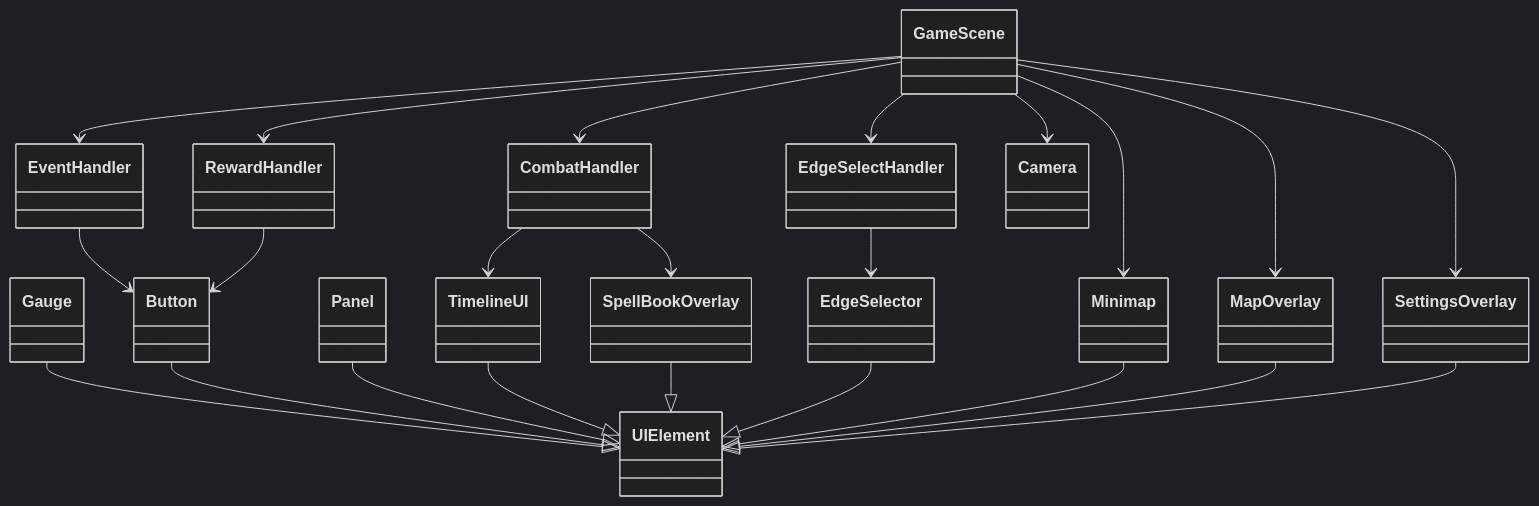
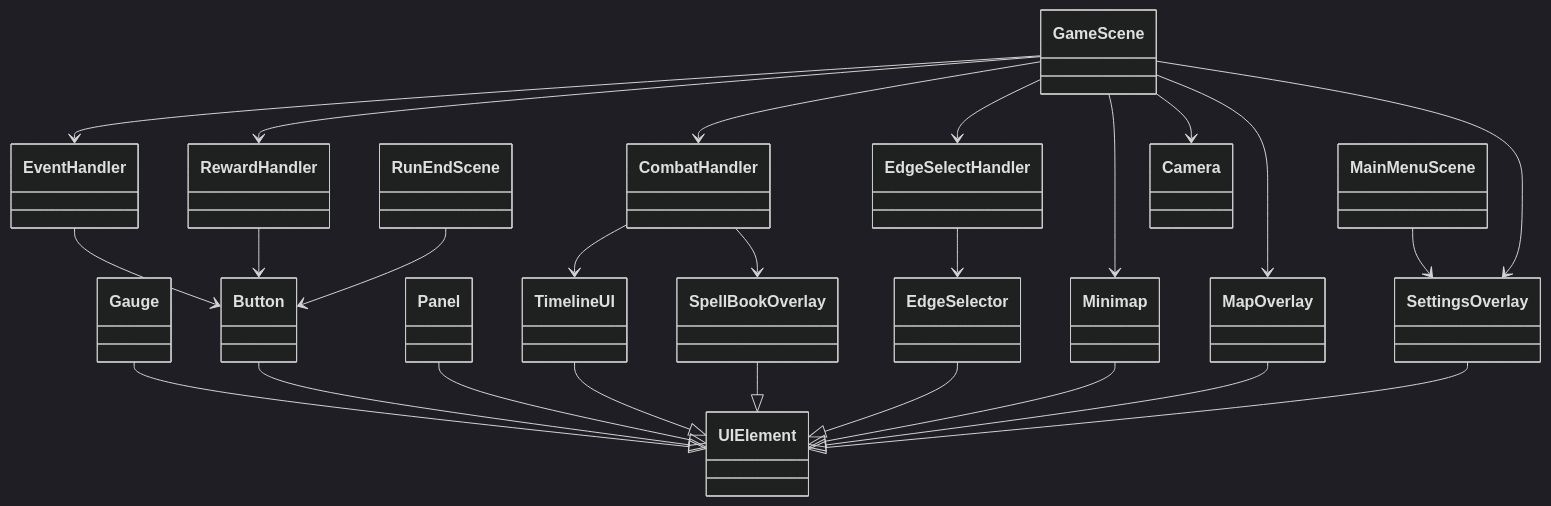
The sixth of 6 diagrams in CLASS_DIAGRAM.md (rlatndud9090/frdy), drawn with Mermaid (dark theme) before and after one commit. The commit also changed other lines of this file and 31 other files, not shown here.

````diff
--- a/CLASS_DIAGRAM.md
+++ b/CLASS_DIAGRAM.md
@@ -159,45 +165,49 @@
 ```mermaid
 classDiagram
+  class MainMenuScene
   class GameScene
+  class RunEndScene
   class CombatHandler
   class EventHandler
   class EdgeSelectHandler
   class RewardHandler
 
   class UIElement
   class Gauge
   class Button
   class Panel
   class TimelineUI
   class SpellBookOverlay
   class EdgeSelector
   class Minimap
   class MapOverlay
   class SettingsOverlay
   class Camera
 
   CombatHandler --> TimelineUI
   CombatHandler --> SpellBookOverlay
   EventHandler --> Button
   RewardHandler --> Button
   EdgeSelectHandler --> EdgeSelector
 
   Gauge --|> UIElement
   Button --|> UIElement
   Panel --|> UIElement
   TimelineUI --|> UIElement
   SpellBookOverlay --|> UIElement
   EdgeSelector --|> UIElement
   Minimap --|> UIElement
   MapOverlay --|> UIElement
   SettingsOverlay --|> UIElement
 
+  MainMenuScene --> SettingsOverlay
   GameScene --> CombatHandler
   GameScene --> EventHandler
   GameScene --> EdgeSelectHandler
   GameScene --> RewardHandler
   GameScene --> Minimap
   GameScene --> MapOverlay
   GameScene --> SettingsOverlay
   GameScene --> Camera
+  RunEndScene --> Button
 ```
````
